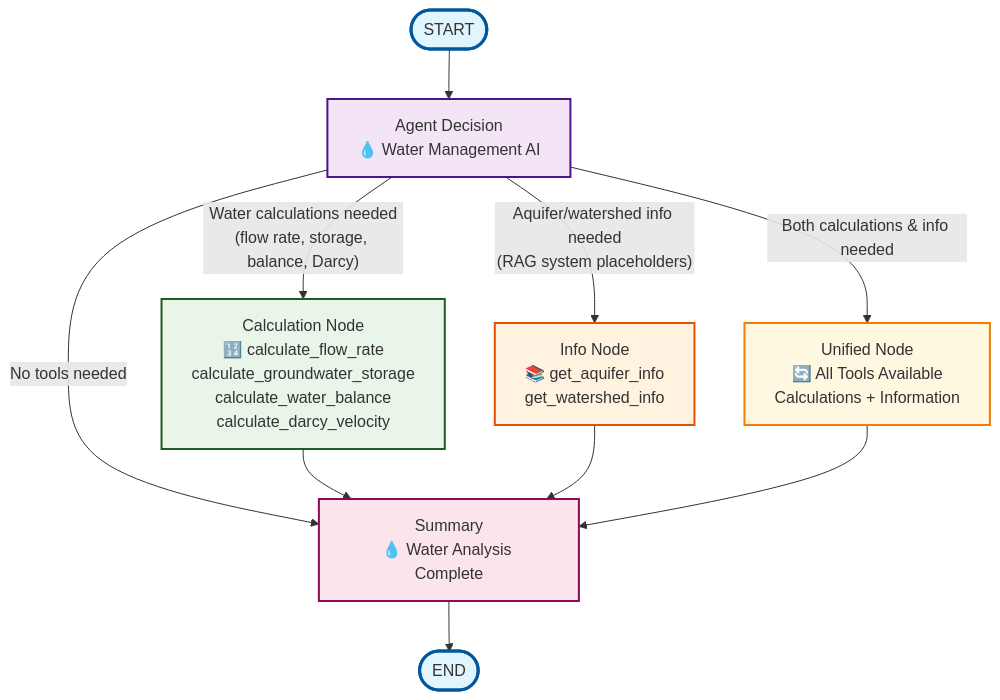
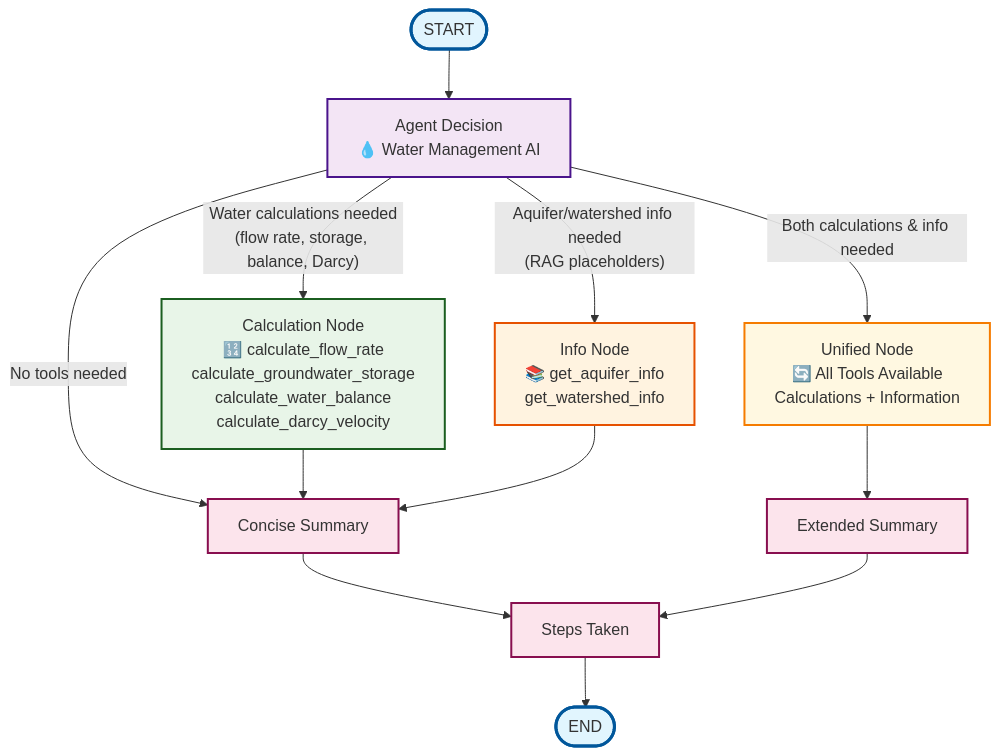
Before and after one commit to Deltares-research/DLLMForge: the diagram in docs/tutorials/tutorial_advanced_agent.rst, drawn with Mermaid. The commit also changed other lines of this file and 2 other files, not shown here.

Commit message:
improvements and edits to agentic tutorials following testing

```diff
--- a/docs/tutorials/tutorial_advanced_agent.rst
+++ b/docs/tutorials/tutorial_advanced_agent.rst
@@ -38,33 +44,35 @@
 .. mermaid::
    :align: center
 
    graph TD
        START([START]) --> agent[Agent Decision<br/>💧 Water Management AI]
-       
+
+       %% Agentic routing to tool nodes
        agent -->|"Water calculations needed<br/>(flow rate, storage, balance, Darcy)"| calculation_node[Calculation Node<br/>🔢 calculate_flow_rate<br/>calculate_groundwater_storage<br/>calculate_water_balance<br/>calculate_darcy_velocity]
-       
-       agent -->|"Aquifer/watershed info needed<br/>(RAG system placeholders)"| info_node[Info Node<br/>📚 get_aquifer_info<br/>get_watershed_info]
-       
+       agent -->|"Aquifer/watershed info needed<br/>(RAG placeholders)"| info_node[Info Node<br/>📚 get_aquifer_info<br/>get_watershed_info]
        agent -->|"Both calculations & info needed"| unified_node[Unified Node<br/>🔄 All Tools Available<br/>Calculations + Information]
-       
-       agent -->|"No tools needed"| summary[Summary<br/>💧 Water Analysis Complete]
-       
-       calculation_node --> summary
-       info_node --> summary
-       unified_node --> summary
-       
-       summary --> END([END])
-       
+       agent -->|"No tools needed"| concise_summary[Concise Summary]
+
+       %% Deterministic routing to summaries and end
+       calculation_node --> concise_summary
+       info_node --> concise_summary
+       unified_node --> extended_summary[Extended Summary]
+
+        %% Steps taken and END
+       concise_summary --> steps_taken[Steps Taken]
+       extended_summary --> steps_taken
+       steps_taken --> END([END])
+
        classDef startEnd fill:#e1f5fe,stroke:#01579b,stroke-width:3px
        classDef agent fill:#f3e5f5,stroke:#4a148c,stroke-width:2px
        classDef calculation fill:#e8f5e8,stroke:#1b5e20,stroke-width:2px
        classDef info fill:#fff3e0,stroke:#e65100,stroke-width:2px
        classDef unified fill:#fff8e1,stroke:#f57c00,stroke-width:2px
        classDef summary fill:#fce4ec,stroke:#880e4f,stroke-width:2px
-       
+
        class START,END startEnd
        class agent agent
        class calculation_node calculation
        class info_node info
        class unified_node unified
-       class summary summary
+       class concise_summary,extended_summary,steps_taken summary
```
